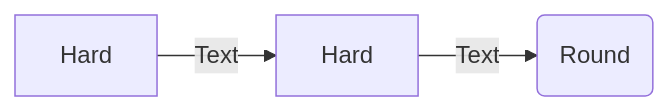
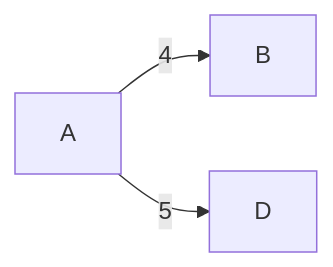
One commit to PaponAhasan/Data-Structures-and-Algorithms changed diagram 15 of 15 in Graph/Minimum Spanning Tree (MST)/Introduction.md. Above: the diagram before and after it, drawn with Mermaid.

````diff
--- a/Graph/Minimum Spanning Tree (MST)/Introduction.md
+++ b/Graph/Minimum Spanning Tree (MST)/Introduction.md
@@ -166,5 +166,5 @@
   ```mermaid
   flowchart LR
-     A[Hard] -->|Text| B(Round)
-     B[Hard] -->|Text| C(Round)
+     A -->|4| B
+     A -->|5| D
 ```
````
